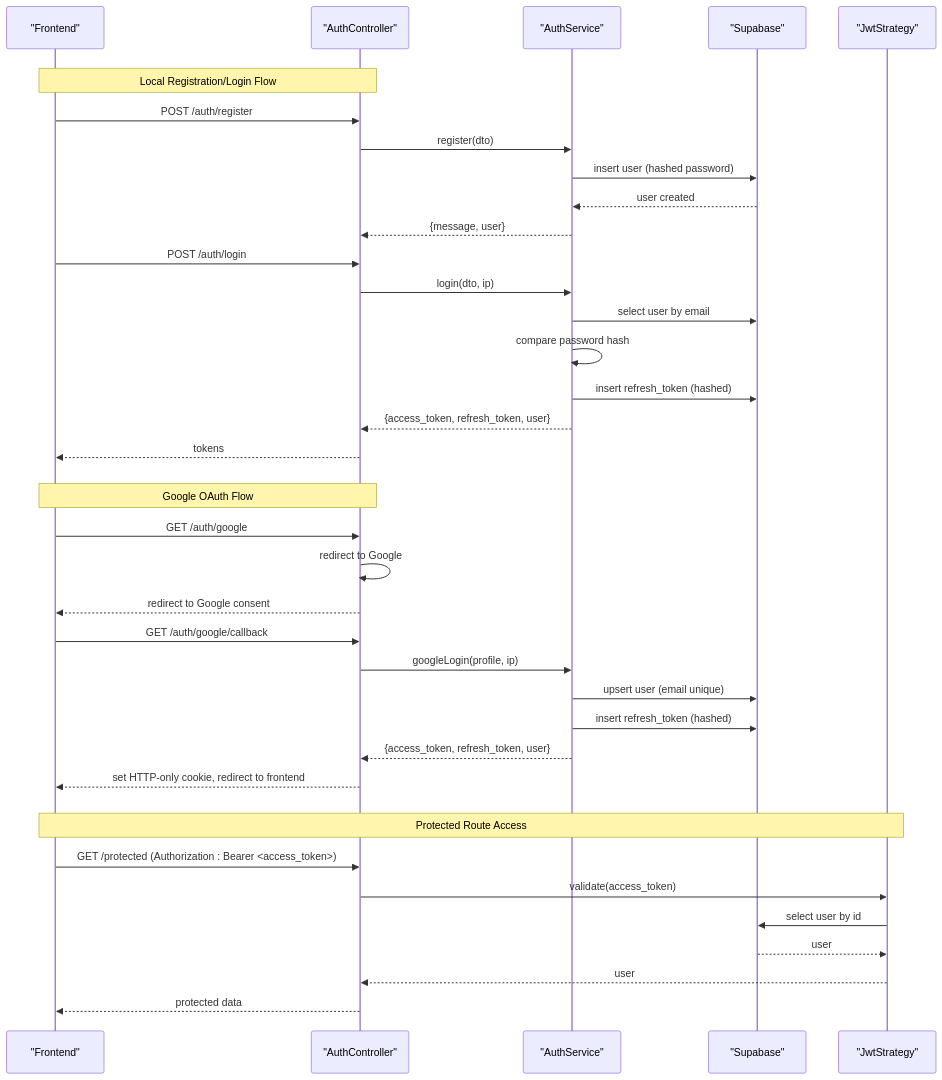
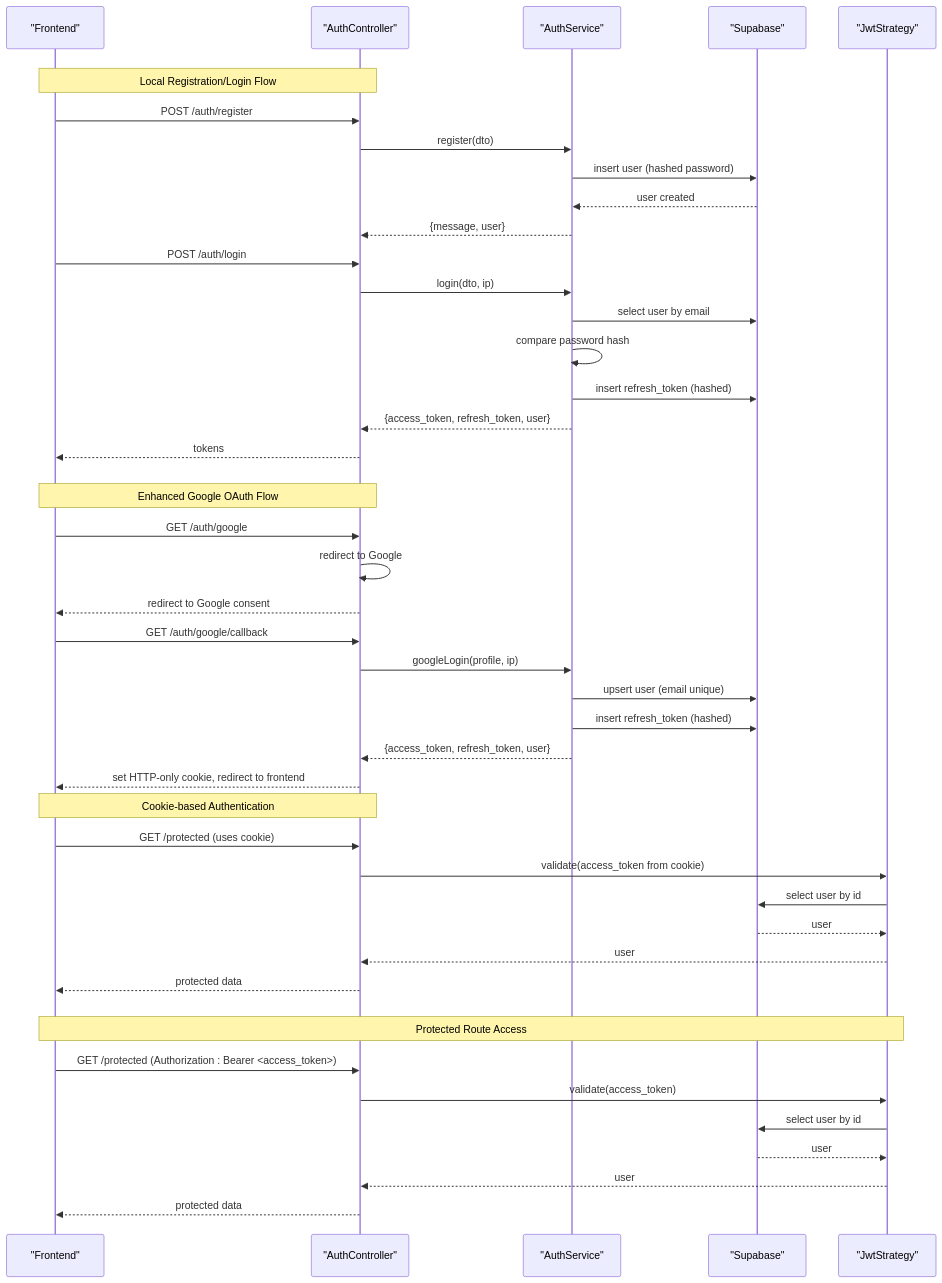
Before and after one commit to devonxjz/MissLost: the second of 9 diagrams in .qoder/repowiki/en/content/Project Overview/Core Features/User Authentication & Authorization.md, drawn with Mermaid. The commit also changed other lines of this file and 12 other files, not shown here.

````diff
--- a/.qoder/repowiki/en/content/Project Overview/Core Features/User Authentication & Authorization.md
+++ b/.qoder/repowiki/en/content/Project Overview/Core Features/User Authentication & Authorization.md
@@ -144,44 +169,51 @@
 ```mermaid
 sequenceDiagram
 participant FE as "Frontend"
 participant BE as "AuthController"
 participant AS as "AuthService"
 participant SPB as "Supabase"
 participant JWTS as "JwtStrategy"
 rect rgb(255,255,255)
 Note over FE,BE : Local Registration/Login Flow
 FE->>BE : POST /auth/register
 BE->>AS : register(dto)
 AS->>SPB : insert user (hashed password)
 SPB-->>AS : user created
 AS-->>BE : {message, user}
 FE->>BE : POST /auth/login
 BE->>AS : login(dto, ip)
 AS->>SPB : select user by email
 AS->>AS : compare password hash
 AS->>SPB : insert refresh_token (hashed)
 AS-->>BE : {access_token, refresh_token, user}
 BE-->>FE : tokens
 end
 rect rgb(255,255,255)
-Note over FE,BE : Google OAuth Flow
+Note over FE,BE : Enhanced Google OAuth Flow
 FE->>BE : GET /auth/google
 BE->>BE : redirect to Google
 BE-->>FE : redirect to Google consent
 FE->>BE : GET /auth/google/callback
 BE->>AS : googleLogin(profile, ip)
 AS->>SPB : upsert user (email unique)
 AS->>SPB : insert refresh_token (hashed)
 AS-->>BE : {access_token, refresh_token, user}
 BE-->>FE : set HTTP-only cookie, redirect to frontend
+Note over FE,BE : Cookie-based Authentication
+FE->>BE : GET /protected (uses cookie)
+BE->>JWTS : validate(access_token from cookie)
+JWTS->>SPB : select user by id
+SPB-->>JWTS : user
+JWTS-->>BE : user
+BE-->>FE : protected data
 end
 rect rgb(255,255,255)
 Note over FE,JWTS : Protected Route Access
 FE->>BE : GET /protected (Authorization : Bearer <access_token>)
 BE->>JWTS : validate(access_token)
 JWTS->>SPB : select user by id
 SPB-->>JWTS : user
 JWTS-->>BE : user
 BE-->>FE : protected data
 end
 ```
````
